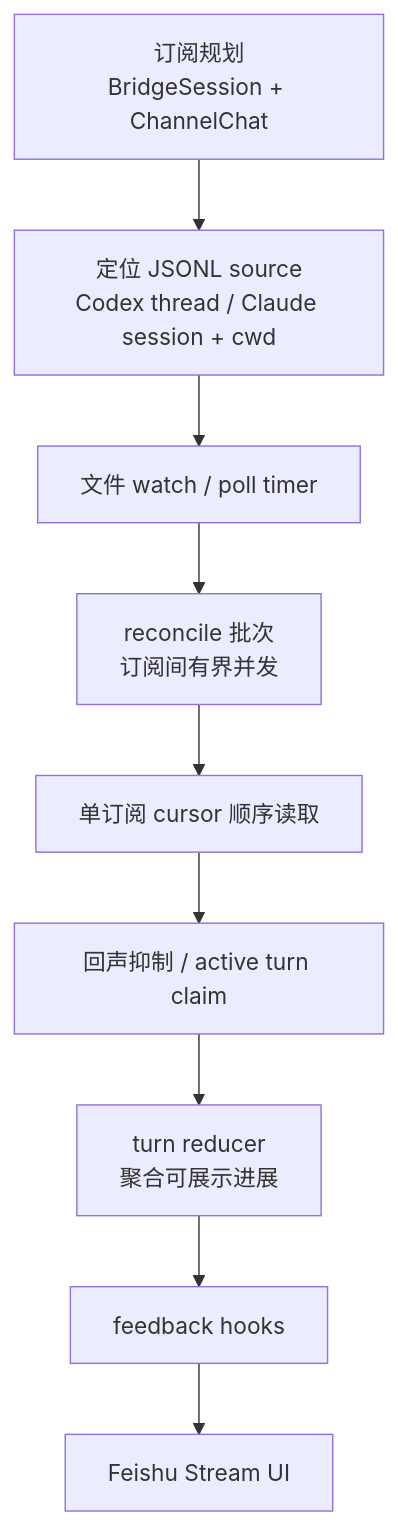
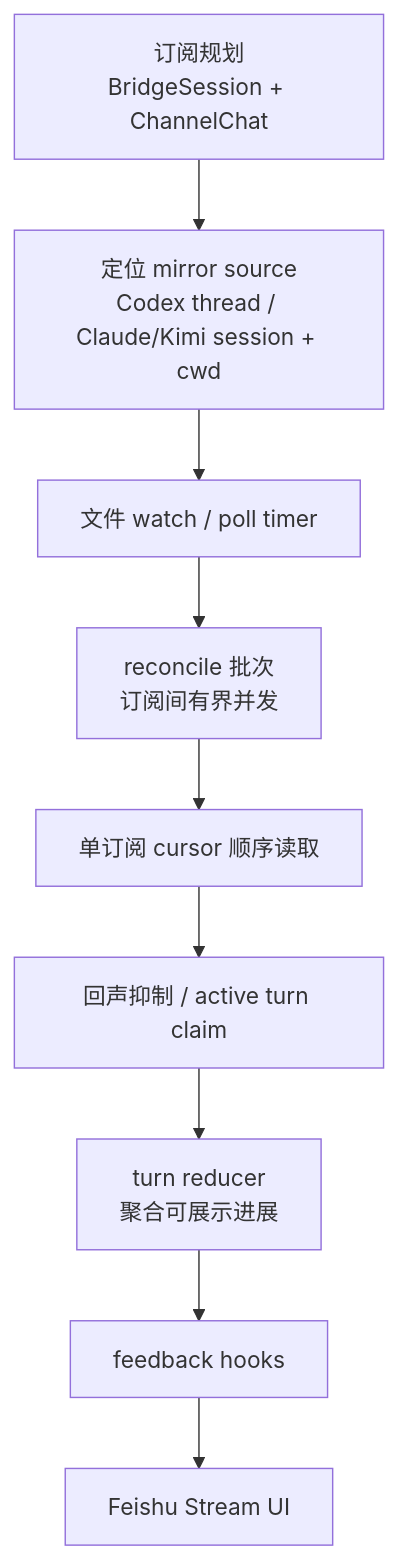
The third of 5 diagrams in docs/architecture/current.md (huiyeruzhou/codelark), drawn with Mermaid before and after one commit. The commit also changed other lines of this file and 191 other files, not shown here.

````diff
--- a/docs/architecture/current.md
+++ b/docs/architecture/current.md
@@ -161,21 +161,21 @@
 ```mermaid
 flowchart TD
   registry[订阅规划<br/>BridgeSession + ChannelChat]
-  source[定位 JSONL source<br/>Codex thread / Claude session + cwd]
+  source[定位 mirror source<br/>Codex thread / Claude/Kimi session + cwd]
   wake[文件 watch / poll timer]
   batch[reconcile 批次<br/>订阅间有界并发]
   cursor[单订阅 cursor 顺序读取]
   suppress[回声抑制 / active turn claim]
   reducer[turn reducer<br/>聚合可展示进展]
   hooks[feedback hooks]
   feishu[Feishu Stream UI]
 
   registry --> source
   source --> wake
   wake --> batch
   batch --> cursor
   cursor --> suppress
   suppress --> reducer
   reducer --> hooks
   hooks --> feishu
 ```
````
